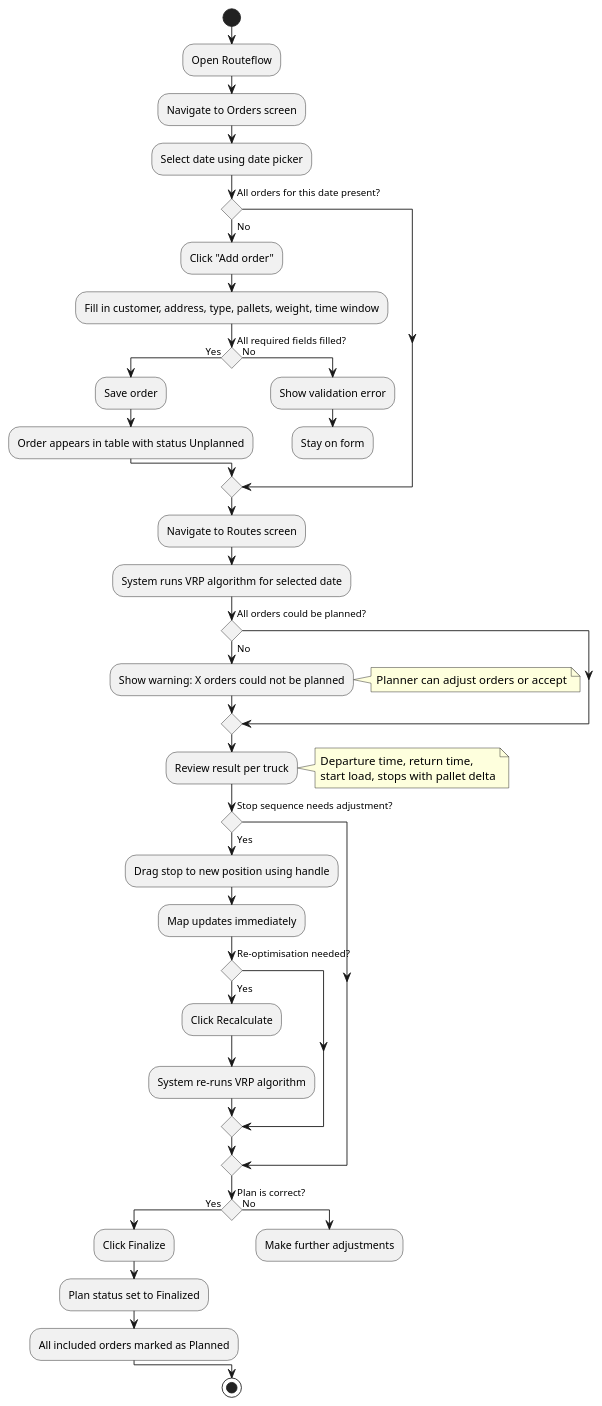
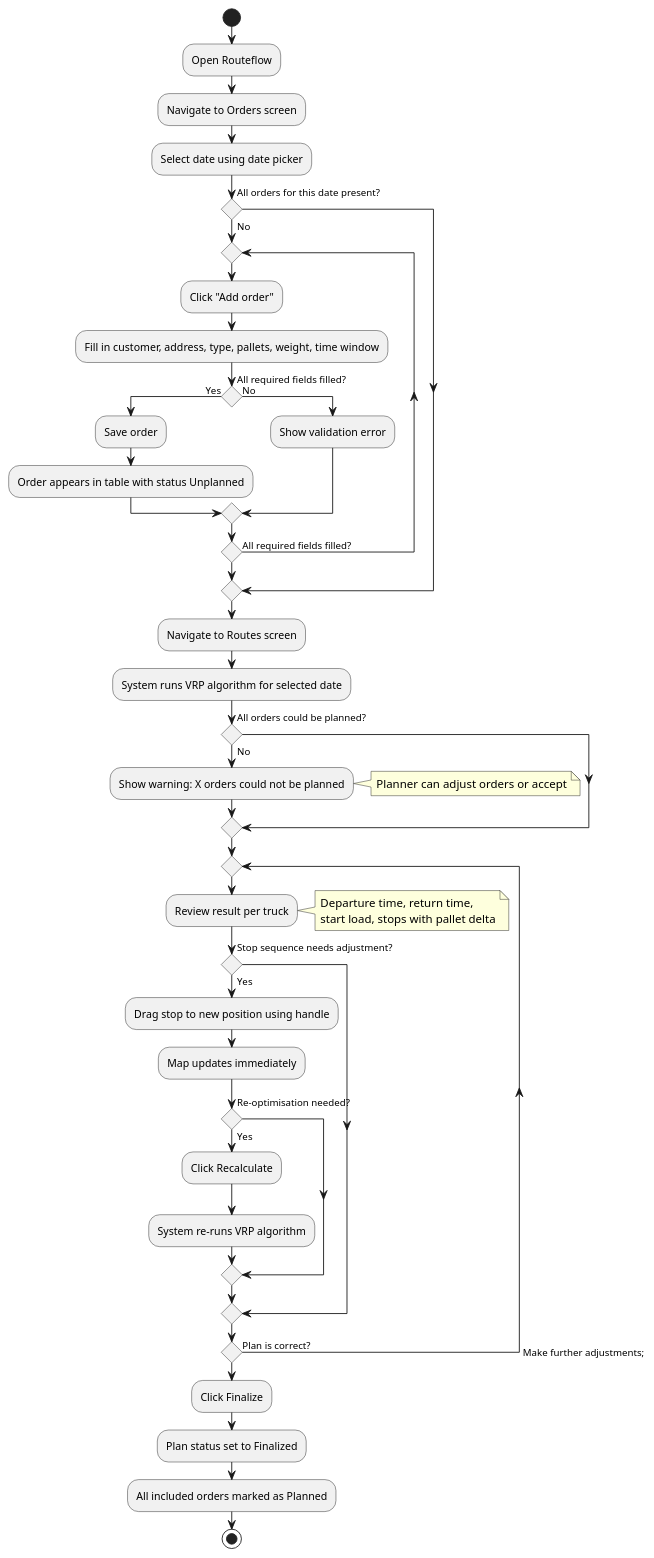
Before and after one commit to softwharee/gradrepo: the second of 5 diagrams in functional-design/readme.md, drawn with PlantUML. The commit also changed other lines of this file and 1 other file, not shown here.

````diff
--- a/functional-design/readme.md
+++ b/functional-design/readme.md
@@ -575,54 +493,51 @@
 ```plantuml
 @startuml
 skinparam conditionStyle diamond
 
 start
 :Open Routeflow;
 :Navigate to Orders screen;
 :Select date using date picker;
 
 if (All orders for this date present?) then (No)
-  :Click "Add order";
-  :Fill in customer, address, type, pallets, weight, time window;
-  if (All required fields filled?) then (Yes)
-    :Save order;
-    :Order appears in table with status Unplanned;
-  else (No)
-    :Show validation error;
-    :Stay on form;
-    detach
-  endif
+  repeat
+    :Click "Add order";
+    :Fill in customer, address, type, pallets, weight, time window;
+    if (All required fields filled?) then (Yes)
+      :Save order;
+      :Order appears in table with status Unplanned;
+    else (No)
+      :Show validation error;
+    endif
+  repeat while (All required fields filled?) is (No)
 endif
 
 :Navigate to Routes screen;
 :System runs VRP algorithm for selected date;
 
 if (All orders could be planned?) then (No)
   :Show warning: X orders could not be planned;
   note right: Planner can adjust orders or accept
 endif
 
-:Review result per truck;
-note right: Departure time, return time,\nstart load, stops with pallet delta
+repeat
+  :Review result per truck;
+  note right: Departure time, return time,\nstart load, stops with pallet delta
 
-if (Stop sequence needs adjustment?) then (Yes)
-  :Drag stop to new position using handle;
-  :Map updates immediately;
-  if (Re-optimisation needed?) then (Yes)
-    :Click Recalculate;
-    :System re-runs VRP algorithm;
+  if (Stop sequence needs adjustment?) then (Yes)
+    :Drag stop to new position using handle;
+    :Map updates immediately;
+    if (Re-optimisation needed?) then (Yes)
+      :Click Recalculate;
+      :System re-runs VRP algorithm;
+    endif
   endif
-endif
+repeat while (Plan is correct?) is (No) -> Make further adjustments;
 
-if (Plan is correct?) then (Yes)
-  :Click Finalize;
-  :Plan status set to Finalized;
-  :All included orders marked as Planned;
-else (No)
-  :Make further adjustments;
-  detach
-endif
+:Click Finalize;
+:Plan status set to Finalized;
+:All included orders marked as Planned;
 
 stop
 @enduml
 ```
````
